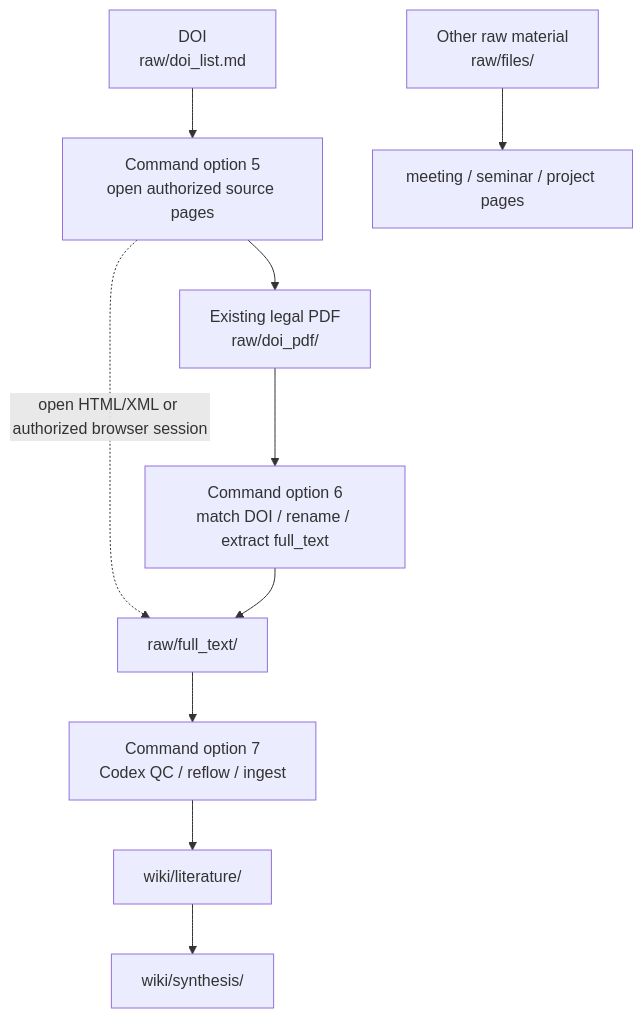
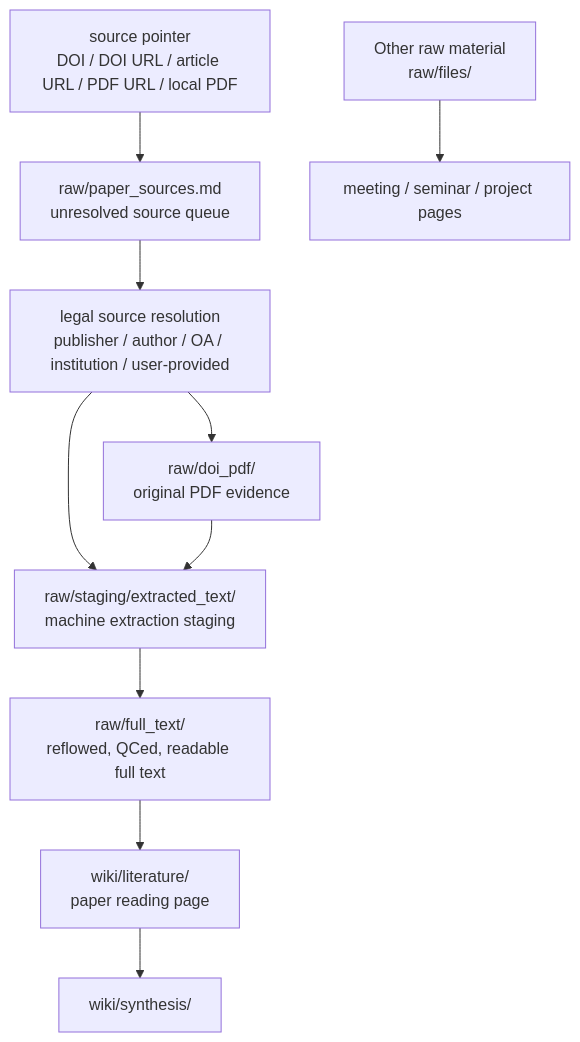
The first of 2 diagrams in README.md (ChenHau-Lan/ResearchWiki), drawn with Mermaid before and after one commit. The commit also changed other lines of this file and 25 other files, not shown here.

Commit message:
Implement source-first full text intake

````diff
--- a/README.md
+++ b/README.md
@@ -24,13 +24,12 @@
 ```mermaid
 flowchart TD
-    DOI["DOI<br/>raw/doi_list.md"] --> OPEN["Command option 5<br/>open authorized source pages"]
-    PDF["Existing legal PDF<br/>raw/doi_pdf/"] --> IMPORT["Command option 6<br/>match DOI / rename / extract full_text"]
+    SOURCE["source pointer<br/>DOI / DOI URL / article URL / PDF URL / local PDF"] --> QUEUE["raw/paper_sources.md<br/>unresolved source queue"]
+    QUEUE --> RESOLVE["legal source resolution<br/>publisher / author / OA / institution / user-provided"]
+    RESOLVE --> PDF["raw/doi_pdf/<br/>original PDF evidence"]
+    RESOLVE --> STAGE["raw/staging/extracted_text/<br/>machine extraction staging"]
+    PDF --> STAGE
+    STAGE --> FT["raw/full_text/<br/>reflowed, QCed, readable full text"]
+    FT --> LIT["wiki/literature/<br/>paper reading page"]
+    LIT --> SYN["wiki/synthesis/"]
     OTHER["Other raw material<br/>raw/files/"] --> WIKI2["meeting / seminar / project pages"]
-
-    OPEN --> PDF
-    OPEN -. "open HTML/XML or authorized browser session" .-> FT["raw/full_text/"]
-    IMPORT --> FT
-    FT --> QC["Command option 7<br/>Codex QC / reflow / ingest"]
-    QC --> LIT["wiki/literature/"]
-    LIT --> SYN["wiki/synthesis/"]
 ```
````
